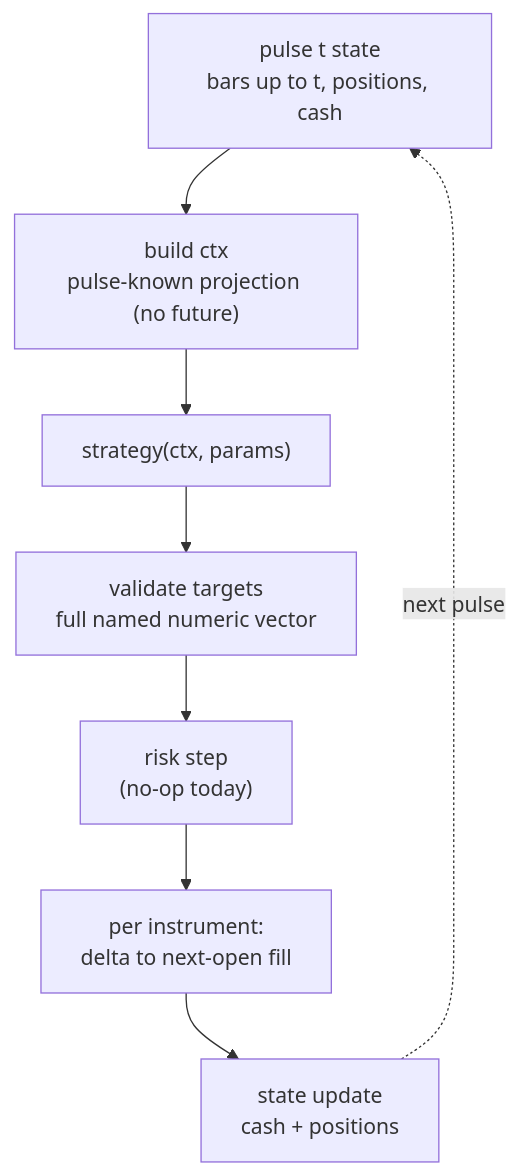
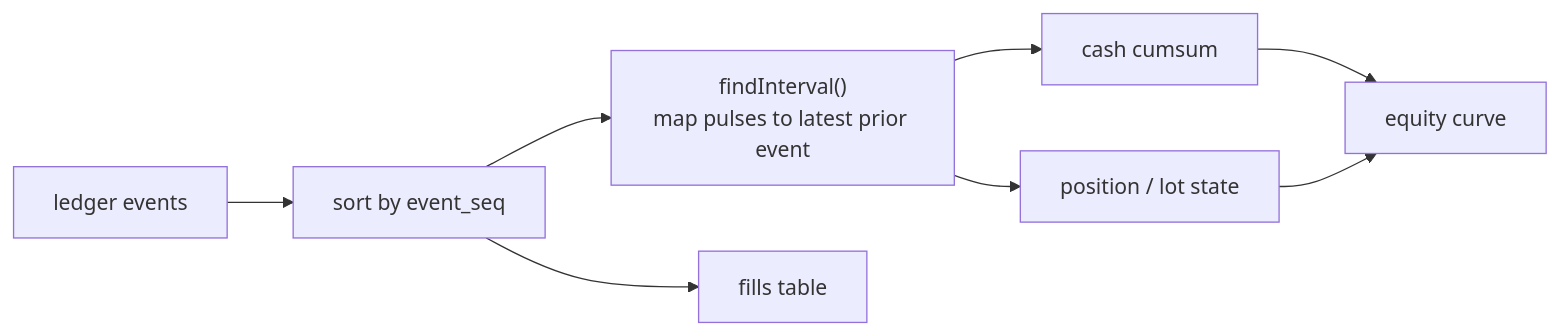
Before and after one commit to blechturm/ledgr: the third of 4 diagrams in inst/design/maintainer_review/fold_core_workbook.qmd, drawn with Mermaid. The commit also changed other lines of this file and 6 other files, not shown here.

````diff
--- a/inst/design/maintainer_review/fold_core_workbook.qmd
+++ b/inst/design/maintainer_review/fold_core_workbook.qmd
@@ -190,19 +221,19 @@
 ```{mermaid}
 %%| echo: false
-flowchart TB
-  state_t["pulse t state<br/>bars up to t, positions, cash"]
-  ctx["build ctx<br/>pulse-known projection (no future)"]
-  strat["strategy(ctx, params)"]
-  validate["validate targets<br/>full named numeric vector"]
-  risk["risk step<br/>(no-op today)"]
-  fills["per instrument:<br/>delta to next-open fill"]
-  state_t1["state update<br/>cash + positions"]
+flowchart LR
+  events["ledger events"]
+  sort["sort by event_seq"]
+  map["findInterval()\nmap pulses to latest prior event"]
+  cash["cash cumsum"]
+  pos["position / lot state"]
+  equity["equity curve"]
+  fills["fills table"]
 
-  state_t --> ctx
-  ctx --> strat
-  strat --> validate
-  validate --> risk
-  risk --> fills
-  fills --> state_t1
-  state_t1 -. next pulse .-> state_t
+  events --> sort
+  sort --> map
+  map --> cash
+  map --> pos
+  cash --> equity
+  pos --> equity
+  sort --> fills
 ```
````
